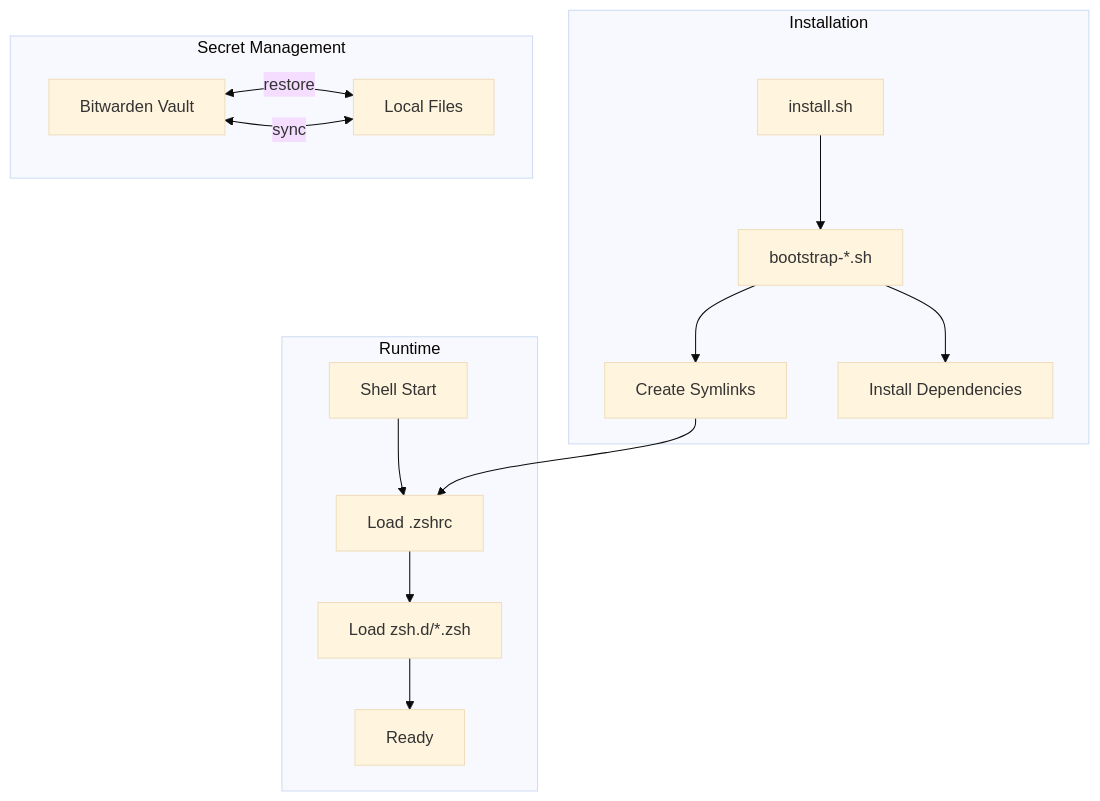
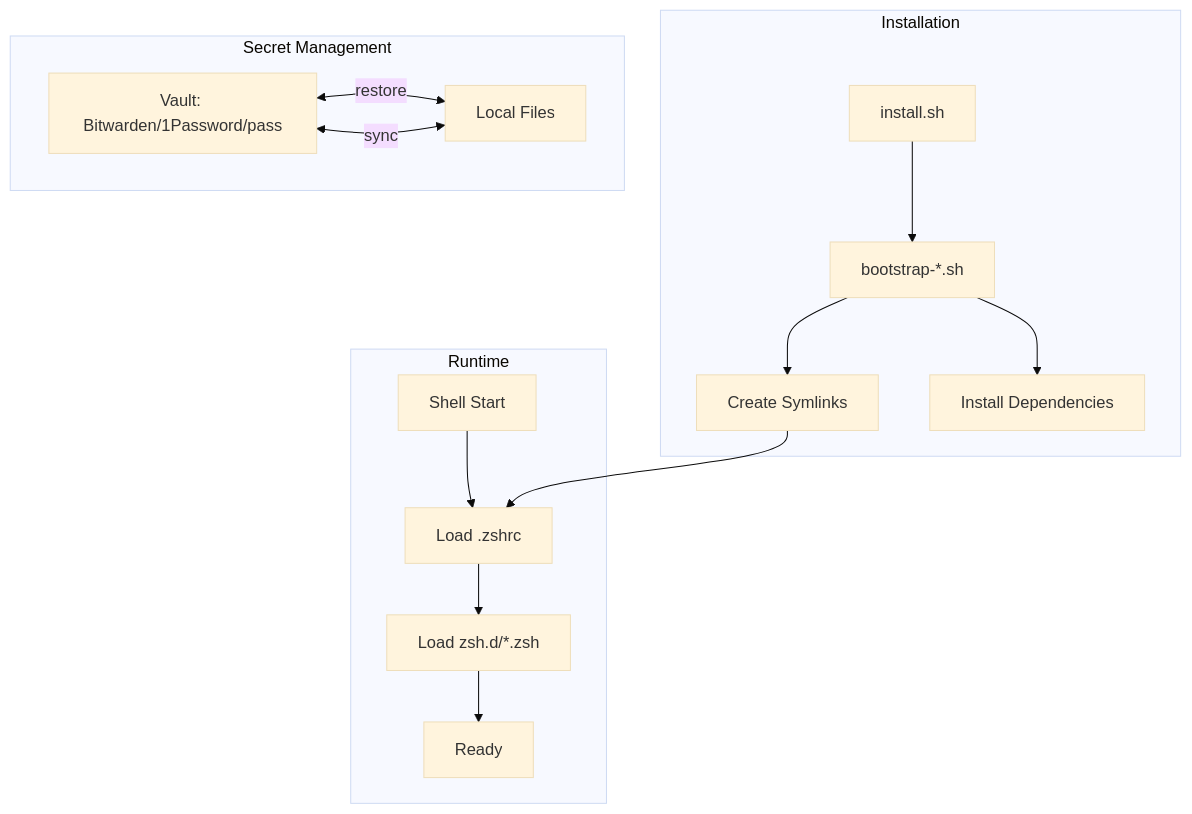
Before and after one commit to blackwell-systems/blackdot: the third of 8 diagrams in docs/architecture.md, drawn with Mermaid (base theme). The commit also changed other lines of this file and 12 other files, not shown here.

````diff
--- a/docs/architecture.md
+++ b/docs/architecture.md
@@ -64,21 +64,21 @@
 ```mermaid
 flowchart TD
     subgraph "Installation"
         A[install.sh] --> B[bootstrap-*.sh]
         B --> C[Create Symlinks]
         B --> D[Install Dependencies]
     end
 
     subgraph "Secret Management"
-        E[Bitwarden Vault] <-->|restore| F[Local Files]
+        E[Vault: Bitwarden/1Password/pass] <-->|restore| F[Local Files]
         F <-->|sync| E
     end
 
     subgraph "Runtime"
         G[Shell Start] --> H[Load .zshrc]
         H --> I[Load zsh.d/*.zsh]
         I --> J[Ready]
     end
 
     C --> H
 ```
````
